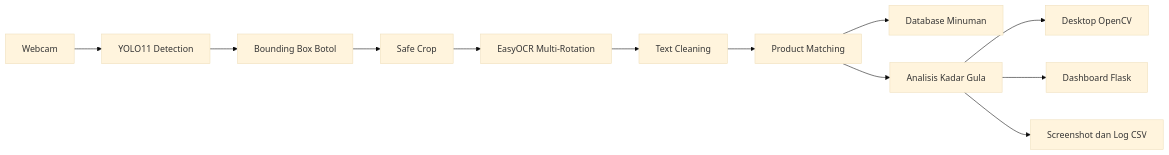
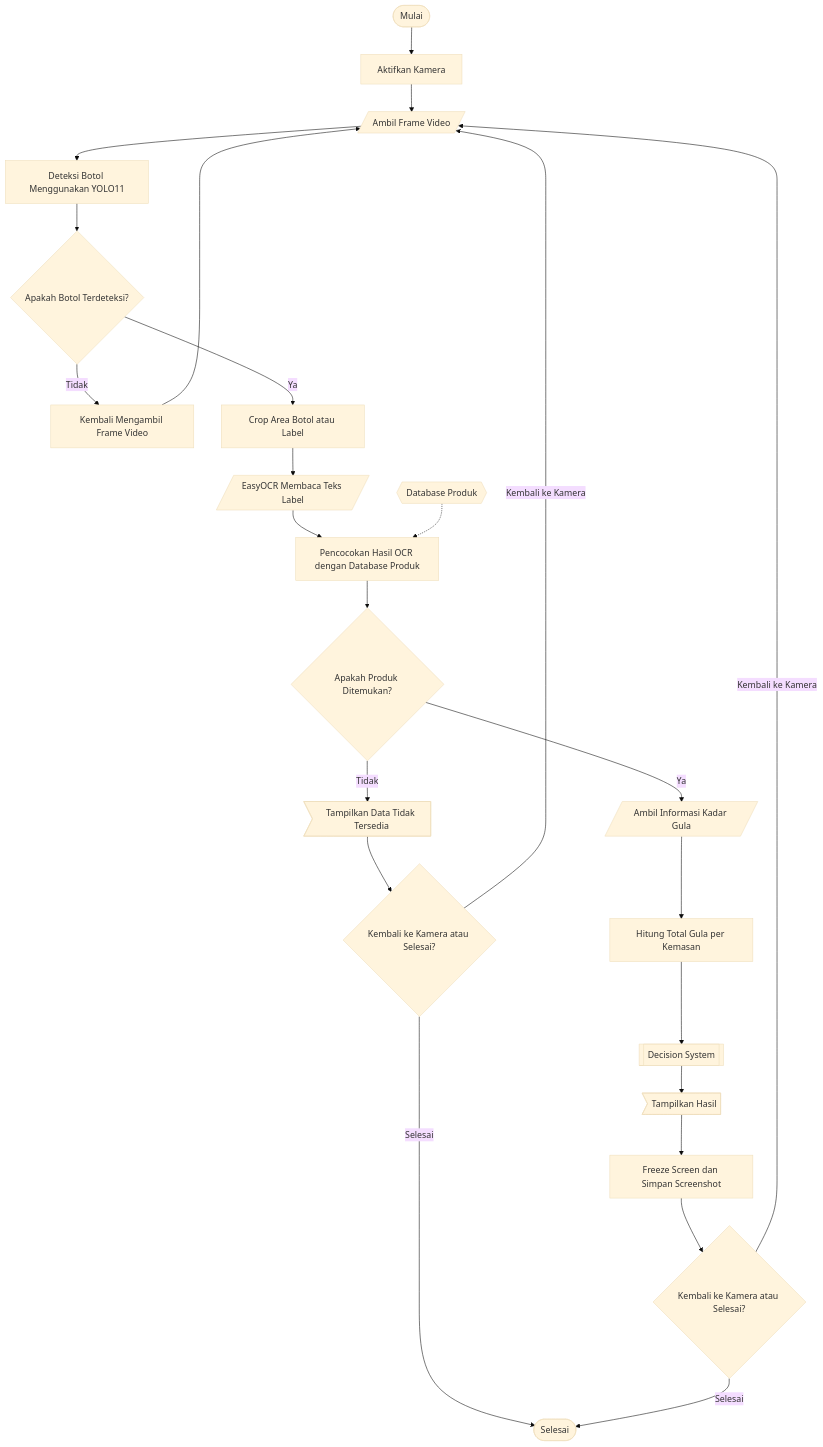
Before and after one commit to Gslza/Yolo11-OCR_: the diagram in README.md, drawn with Mermaid (base theme). The commit also changed other lines of this file, not shown here.

````diff
--- a/README.md
+++ b/README.md
@@ -23,14 +23,26 @@
 ```mermaid
-flowchart LR
-    A[Webcam] --> B[YOLO11 Detection]
-    B --> C[Bounding Box Botol]
-    C --> D[Safe Crop]
-    D --> E[EasyOCR Multi-Rotation]
-    E --> F[Text Cleaning]
-    F --> G[Product Matching]
-    G --> H[Database Minuman]
-    G --> I[Analisis Kadar Gula]
-    I --> J[Desktop OpenCV]
-    I --> K[Dashboard Flask]
-    I --> L[Screenshot dan Log CSV]
+flowchart TD
+    A([Mulai]) --> B[Aktifkan Kamera]
+    B --> C[/Ambil Frame Video/]
+    C --> D[Deteksi Botol Menggunakan YOLO11]
+    D --> E{Apakah Botol Terdeteksi?}
+    E -->|Tidak| F[Kembali Mengambil Frame Video]
+    F --> C
+    E -->|Ya| G[Crop Area Botol atau Label]
+    G --> H[/EasyOCR Membaca Teks Label/]
+    H --> I[Pencocokan Hasil OCR dengan Database Produk]
+    DB{{Database Produk}} -.-> I
+    I --> J{Apakah Produk Ditemukan?}
+    J -->|Tidak| K>Tampilkan Data Tidak Tersedia]
+    K --> L{Kembali ke Kamera atau Selesai?}
+    L -->|Kembali ke Kamera| C
+    L -->|Selesai| Z([Selesai])
+    J -->|Ya| M[/Ambil Informasi Kadar Gula/]
+    M --> N[Hitung Total Gula per Kemasan]
+    N --> O[[Decision System]]
+    O --> P>Tampilkan Hasil]
+    P --> Q[Freeze Screen dan Simpan Screenshot]
+    Q --> R{Kembali ke Kamera atau Selesai?}
+    R -->|Kembali ke Kamera| C
+    R -->|Selesai| Z
 ```
````
